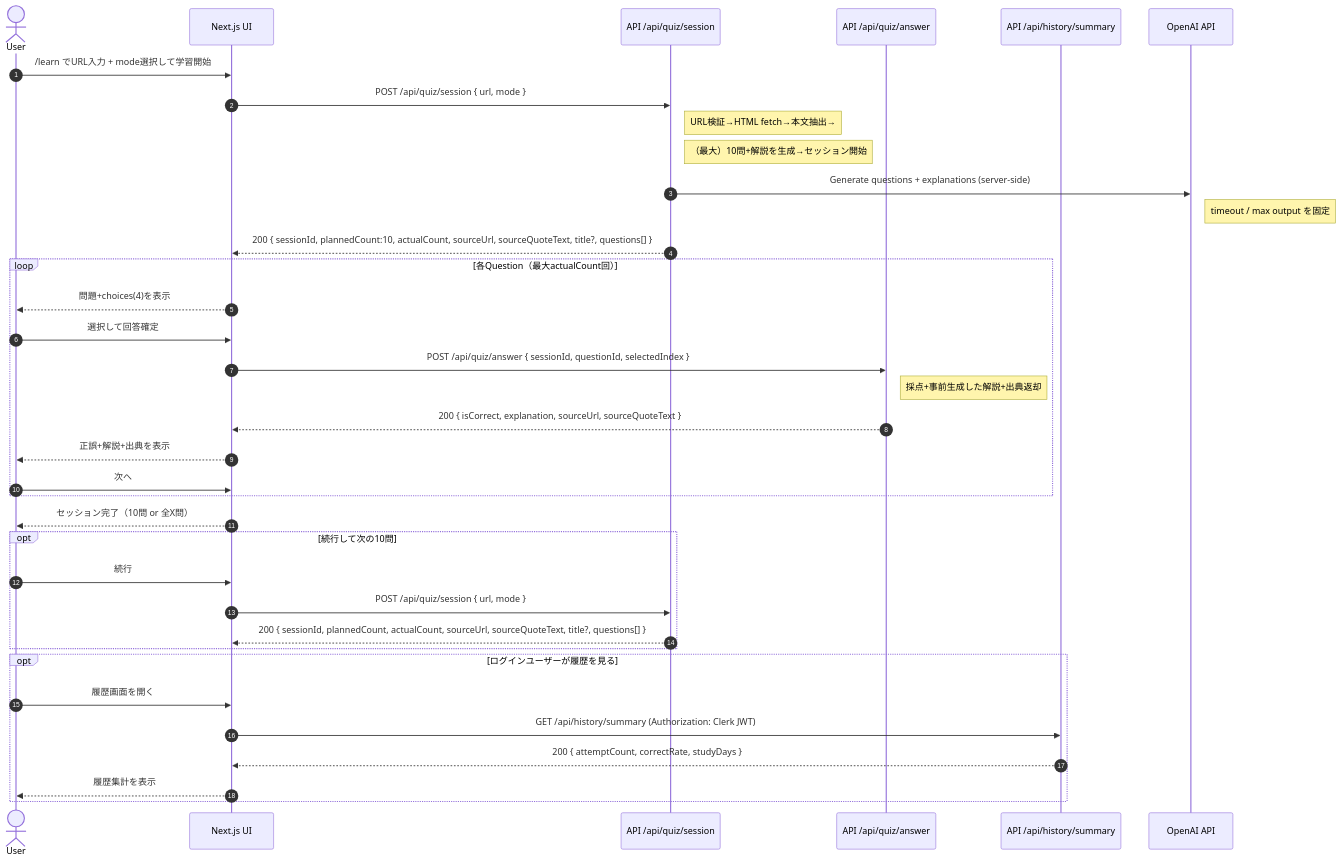
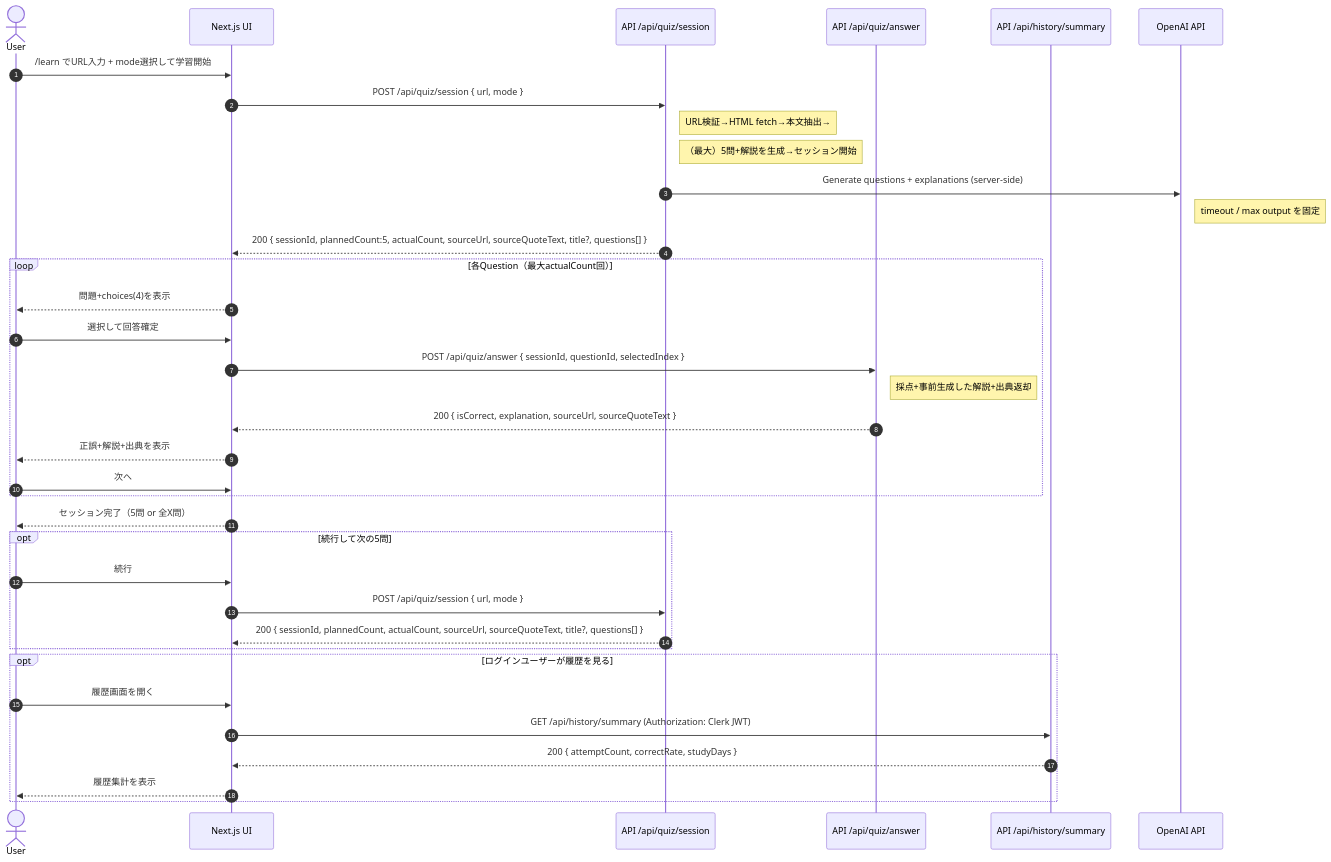
Before and after one commit to POKENA7/DocsDrivenEnglish: the diagram in specs/001-dev-english-learning/sequence.md, drawn with Mermaid. The commit also changed other lines of this file and 13 other files, not shown here.

````diff
--- a/specs/001-dev-english-learning/sequence.md
+++ b/specs/001-dev-english-learning/sequence.md
@@ -27,42 +27,42 @@
 ```mermaid
 sequenceDiagram
   autonumber
   actor User as User
   participant Web as Next.js UI
   participant QuizAPI as API /api/quiz/session
   participant AnsAPI as API /api/quiz/answer
   participant HistAPI as API /api/history/summary
   participant OpenAI as OpenAI API
 
   User->>Web: /learn でURL入力 + mode選択して学習開始
   Web->>QuizAPI: POST /api/quiz/session { url, mode }
   Note right of QuizAPI: URL検証→HTML fetch→本文抽出→
-  Note right of QuizAPI: （最大）10問+解説を生成→セッション開始
+  Note right of QuizAPI: （最大）5問+解説を生成→セッション開始
   QuizAPI->>OpenAI: Generate questions + explanations (server-side)
   Note right of OpenAI: timeout / max output を固定
-  QuizAPI-->>Web: 200 { sessionId, plannedCount:10, actualCount, sourceUrl, sourceQuoteText, title?, questions[] }
+  QuizAPI-->>Web: 200 { sessionId, plannedCount:5, actualCount, sourceUrl, sourceQuoteText, title?, questions[] }
 
   loop 各Question（最大actualCount回）
     Web-->>User: 問題+choices(4)を表示
     User->>Web: 選択して回答確定
     Web->>AnsAPI: POST /api/quiz/answer { sessionId, questionId, selectedIndex }
     Note right of AnsAPI: 採点+事前生成した解説+出典返却
     AnsAPI-->>Web: 200 { isCorrect, explanation, sourceUrl, sourceQuoteText }
     Web-->>User: 正誤+解説+出典を表示
     User->>Web: 次へ
   end
 
-  Web-->>User: セッション完了（10問 or 全X問）
-  opt 続行して次の10問
+  Web-->>User: セッション完了（5問 or 全X問）
+  opt 続行して次の5問
     User->>Web: 続行
     Web->>QuizAPI: POST /api/quiz/session { url, mode }
     QuizAPI-->>Web: 200 { sessionId, plannedCount, actualCount, sourceUrl, sourceQuoteText, title?, questions[] }
   end
 
   opt ログインユーザーが履歴を見る
     User->>Web: 履歴画面を開く
     Web->>HistAPI: GET /api/history/summary (Authorization: Clerk JWT)
     HistAPI-->>Web: 200 { attemptCount, correctRate, studyDays }
     Web-->>User: 履歴集計を表示
   end
 ```
````
